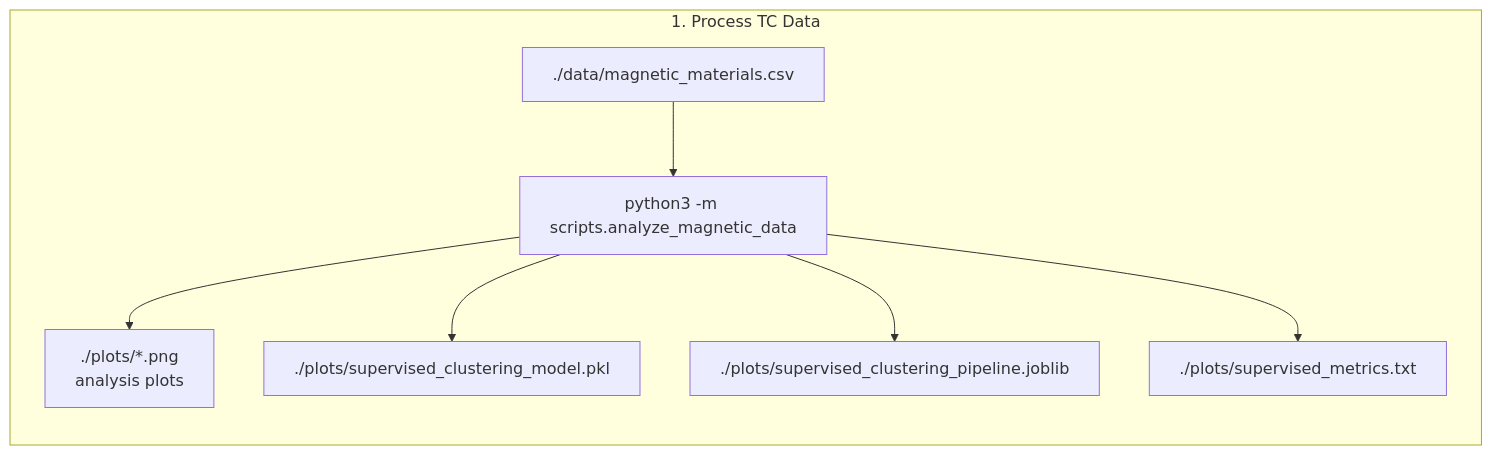
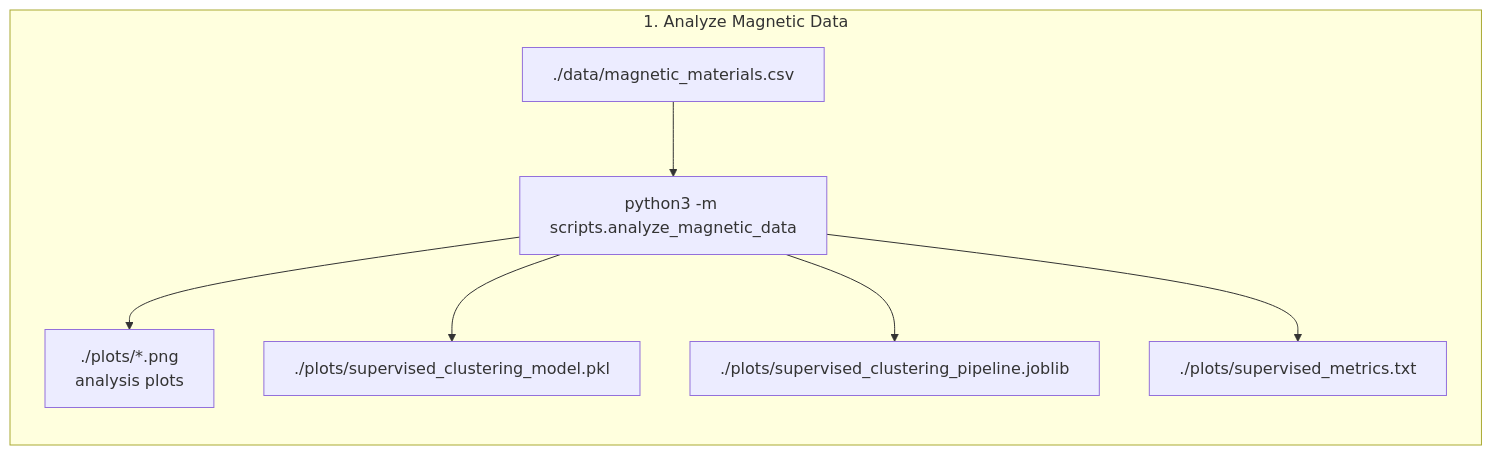
Before and after one commit to MaMMoS-project/ML-models: the diagram in beyond-stoner-wohlfarth/single-grain-easy-axis-model/README.md, drawn with Mermaid.

Commit message:
test flow chart

````diff
--- a/beyond-stoner-wohlfarth/single-grain-easy-axis-model/README.md
+++ b/beyond-stoner-wohlfarth/single-grain-easy-axis-model/README.md
@@ -29,14 +29,14 @@
 ```mermaid
 flowchart LR
 
-    subgraph cluster_0["1. Process TC Data"]
+    subgraph cluster_0["1. Analyze Magnetic Data"]
         direction TB
 
         A0["./data/magnetic_materials.csv"] --> B0["python3 -m scripts.analyze_magnetic_data"]
 
         B0 --> O1["./plots/*.png<br/>analysis plots"]
         B0 --> O2["./plots/supervised_clustering_model.pkl"]
         B0 --> O3["./plots/supervised_clustering_pipeline.joblib"]
         B0 --> O4["./plots/supervised_metrics.txt"]
     end
 ```
````
